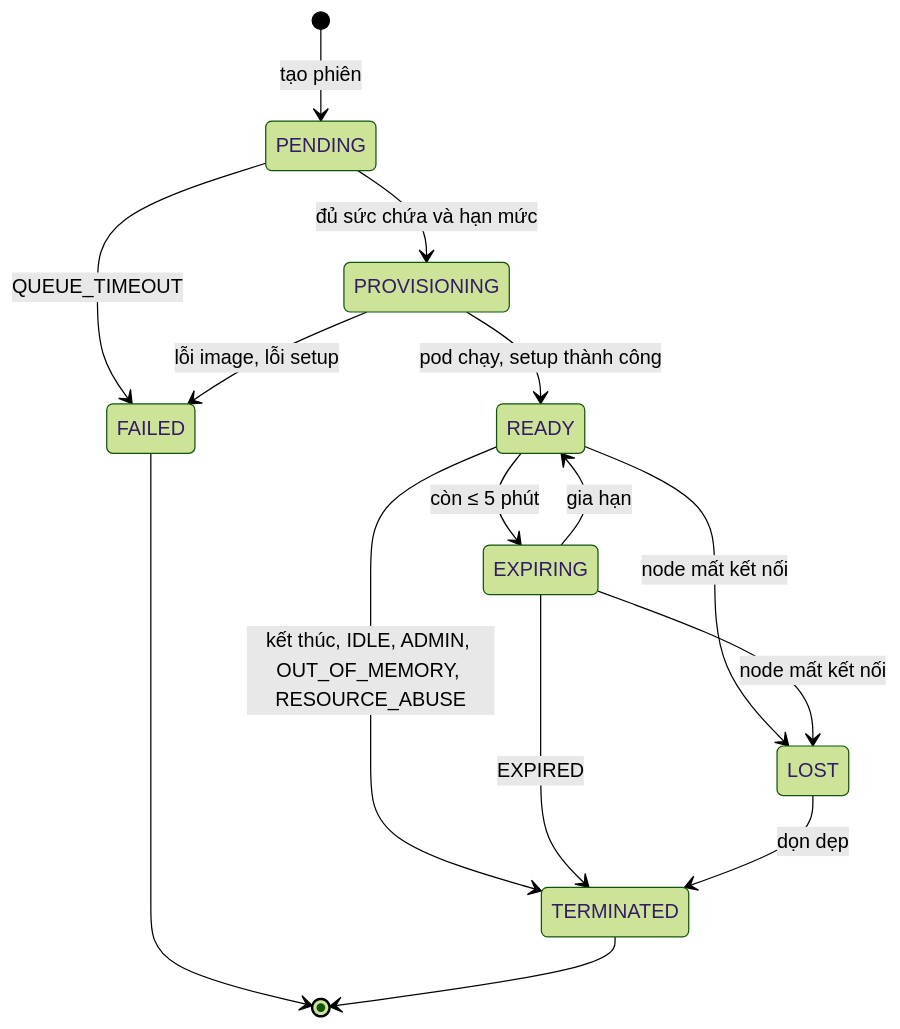
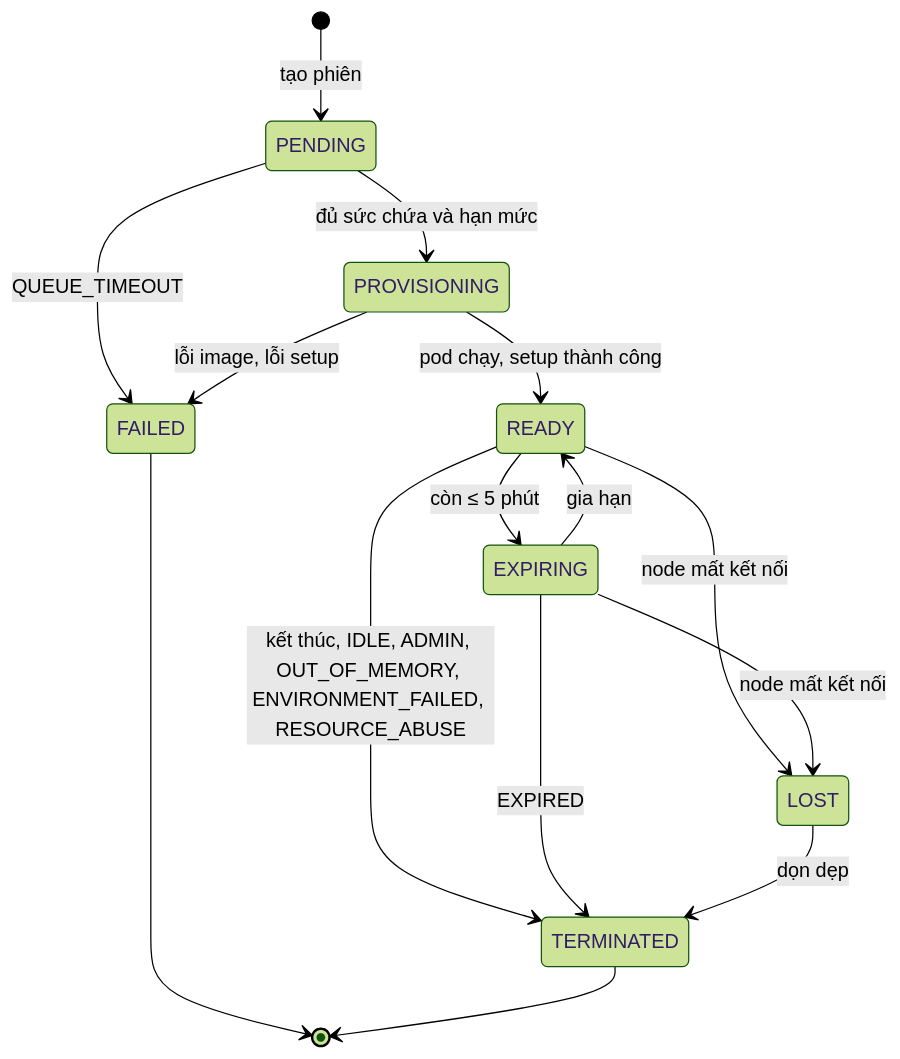
The fourth of 10 diagrams in docs/02-kien-truc.md (NhatMinh0311/Crucible), drawn with Mermaid (forest theme) before and after one commit. The commit also changed other lines of this file and 7 other files, not shown here.

````diff
--- a/docs/02-kien-truc.md
+++ b/docs/02-kien-truc.md
@@ -197,17 +197,17 @@
 ```mermaid
 stateDiagram-v2
     [*] --> PENDING: tạo phiên
     PENDING --> PROVISIONING: đủ sức chứa và hạn mức
     PENDING --> FAILED: QUEUE_TIMEOUT
     PROVISIONING --> READY: pod chạy, setup thành công
     PROVISIONING --> FAILED: lỗi image, lỗi setup
     READY --> EXPIRING: còn ≤ 5 phút
     EXPIRING --> READY: gia hạn
-    READY --> TERMINATED: kết thúc, IDLE, ADMIN, OUT_OF_MEMORY, RESOURCE_ABUSE
+    READY --> TERMINATED: kết thúc, IDLE, ADMIN, OUT_OF_MEMORY, ENVIRONMENT_FAILED, RESOURCE_ABUSE
     EXPIRING --> TERMINATED: EXPIRED
     READY --> LOST: node mất kết nối
     EXPIRING --> LOST: node mất kết nối
     LOST --> TERMINATED: dọn dẹp
     FAILED --> [*]
     TERMINATED --> [*]
 ```
````
